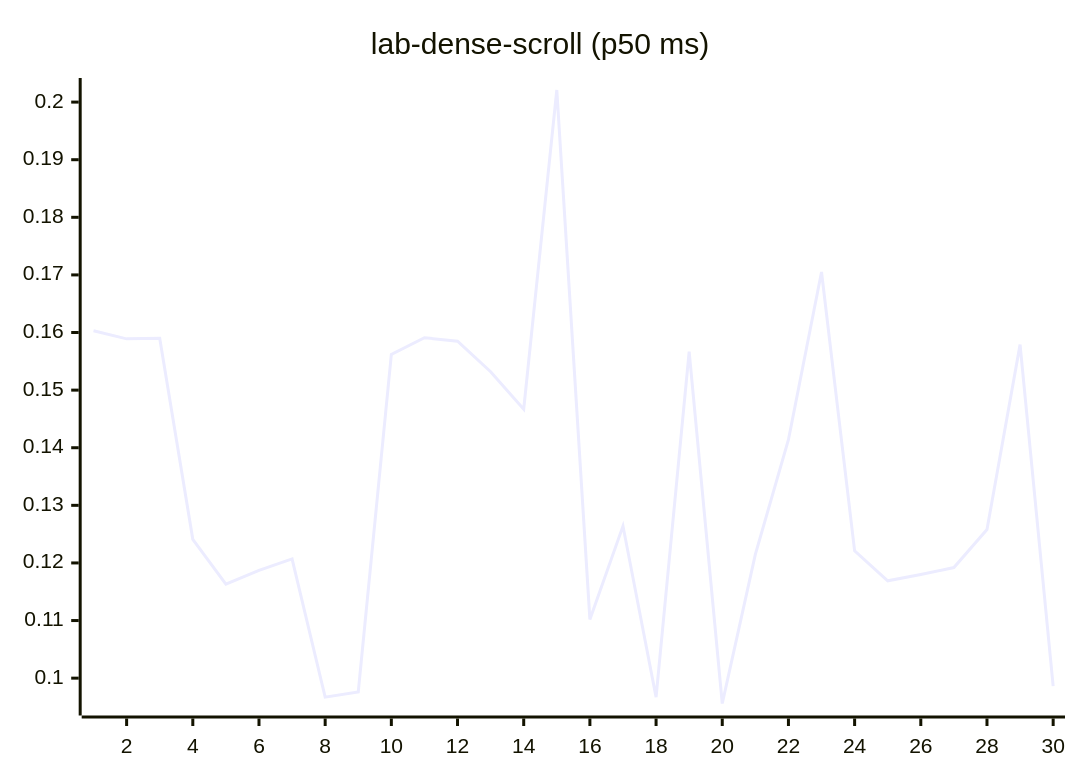
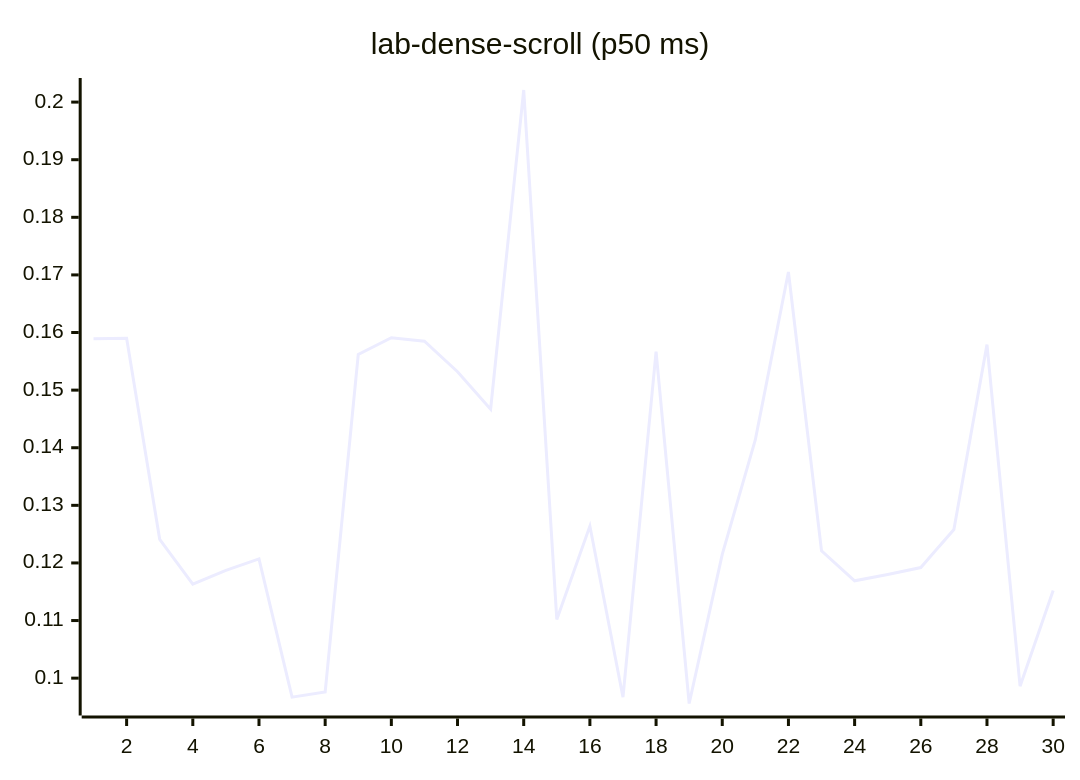
Diagram 12 of 27 in README.md (josha/Facet), drawn with Mermaid before and after one commit. The commit also changed other lines of this file and 2 other files, not shown here.

````diff
--- a/README.md
+++ b/README.md
@@ -140,6 +140,6 @@
 ```mermaid
 xychart-beta
     title "lab-dense-scroll (p50 ms)"
     x-axis 1 --> 30
-    line [0.1603, 0.1589, 0.1590, 0.1241, 0.1163, 0.1187, 0.1207, 0.0967, 0.0976, 0.1562, 0.1591, 0.1585, 0.1532, 0.1467, 0.2021, 0.1102, 0.1264, 0.0967, 0.1567, 0.0956, 0.1215, 0.1414, 0.1705, 0.1221, 0.1169, 0.1180, 0.1192, 0.1258, 0.1579, 0.0986]
+    line [0.1589, 0.1590, 0.1241, 0.1163, 0.1187, 0.1207, 0.0967, 0.0976, 0.1562, 0.1591, 0.1585, 0.1532, 0.1467, 0.2021, 0.1102, 0.1264, 0.0967, 0.1567, 0.0956, 0.1215, 0.1414, 0.1705, 0.1221, 0.1169, 0.1180, 0.1192, 0.1258, 0.1579, 0.0986, 0.1152]
 ```
````
